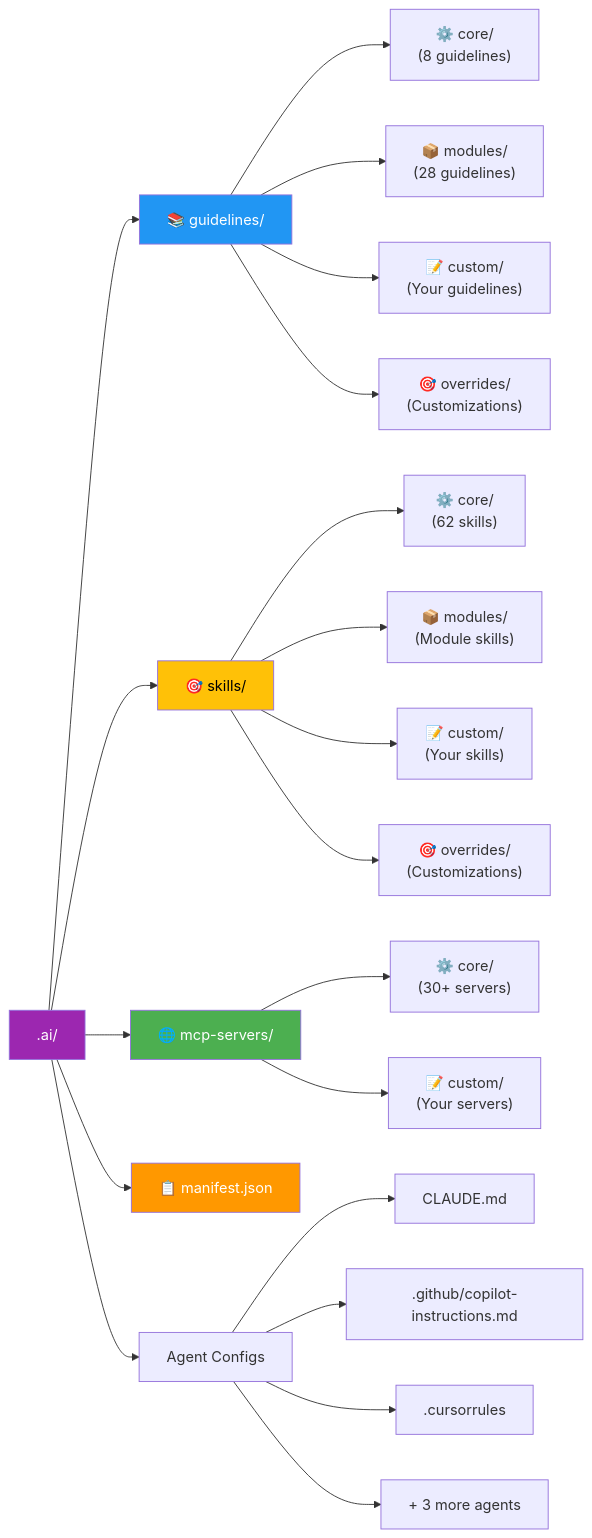
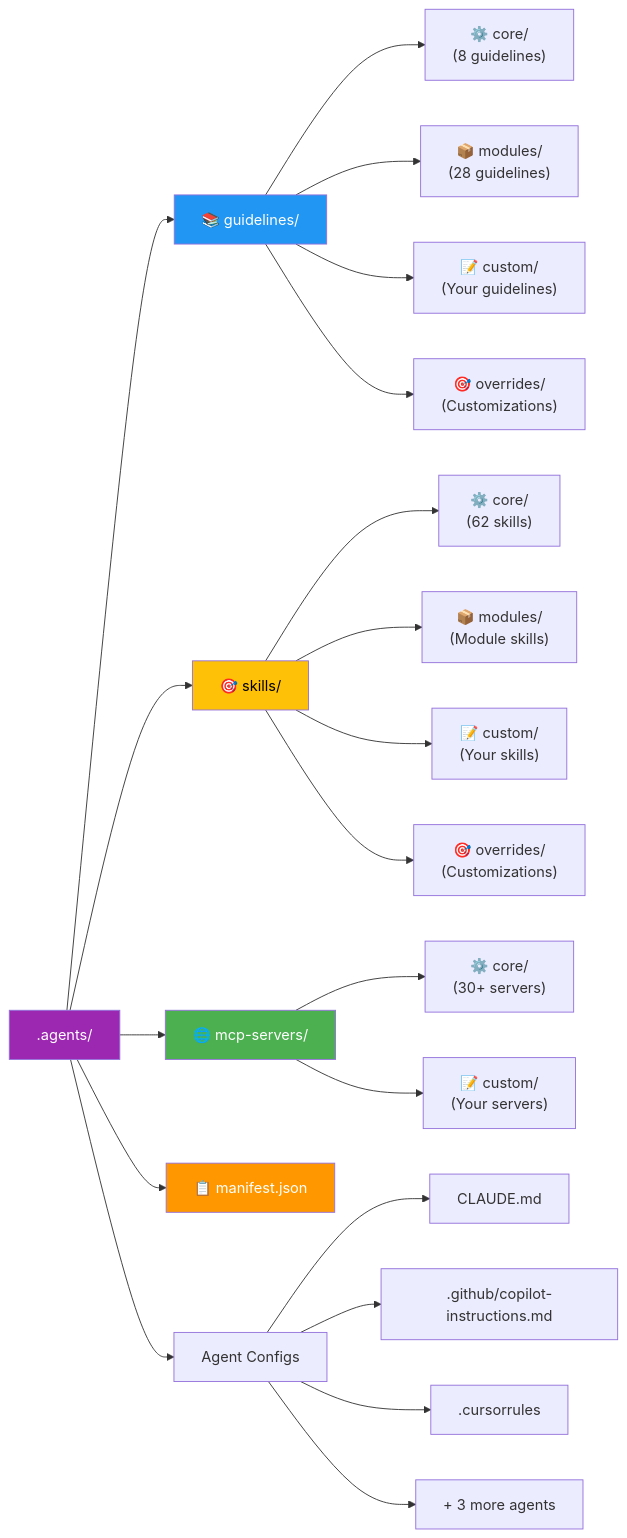
One commit to ColdBox/coldbox-cli changed the third of 8 diagrams in AI_INTEGRATION.md. Above: the diagram before and after it, drawn with Mermaid. The commit also changed other lines of this file and 15 other files, not shown here.

````diff
--- a/AI_INTEGRATION.md
+++ b/AI_INTEGRATION.md
@@ -167,34 +167,34 @@
 ```mermaid
 graph LR
-    Root[".ai/"]
+    Root[".agents/"]
 
     Root --> Guidelines["📚 guidelines/"]
     Root --> Skills["🎯 skills/"]
     Root --> MCP["🌐 mcp-servers/"]
     Root --> Manifest["📋 manifest.json"]
 
     Guidelines --> GCore["⚙️ core/<br/>(8 guidelines)"]
     Guidelines --> GModules["📦 modules/<br/>(28 guidelines)"]
     Guidelines --> GCustom["📝 custom/<br/>(Your guidelines)"]
     Guidelines --> GOverride["🎯 overrides/<br/>(Customizations)"]
 
     Skills --> SCore["⚙️ core/<br/>(62 skills)"]
     Skills --> SModules["📦 modules/<br/>(Module skills)"]
     Skills --> SCustom["📝 custom/<br/>(Your skills)"]
     Skills --> SOverride["🎯 overrides/<br/>(Customizations)"]
 
     MCP --> MCPCore["⚙️ core/<br/>(30+ servers)"]
     MCP --> MCPCustom["📝 custom/<br/>(Your servers)"]
 
     Root --> Agents["Agent Configs"]
     Agents --> Claude["CLAUDE.md"]
     Agents --> Copilot[".github/copilot-instructions.md"]
     Agents --> Cursor[".cursorrules"]
     Agents --> Other["+ 3 more agents"]
 
     style Root fill:#9c27b0,color:#fff
     style Guidelines fill:#2196f3,color:#fff
     style Skills fill:#ffc107,color:#000
     style MCP fill:#4caf50,color:#fff
     style Manifest fill:#ff9800,color:#fff
 ```
````
